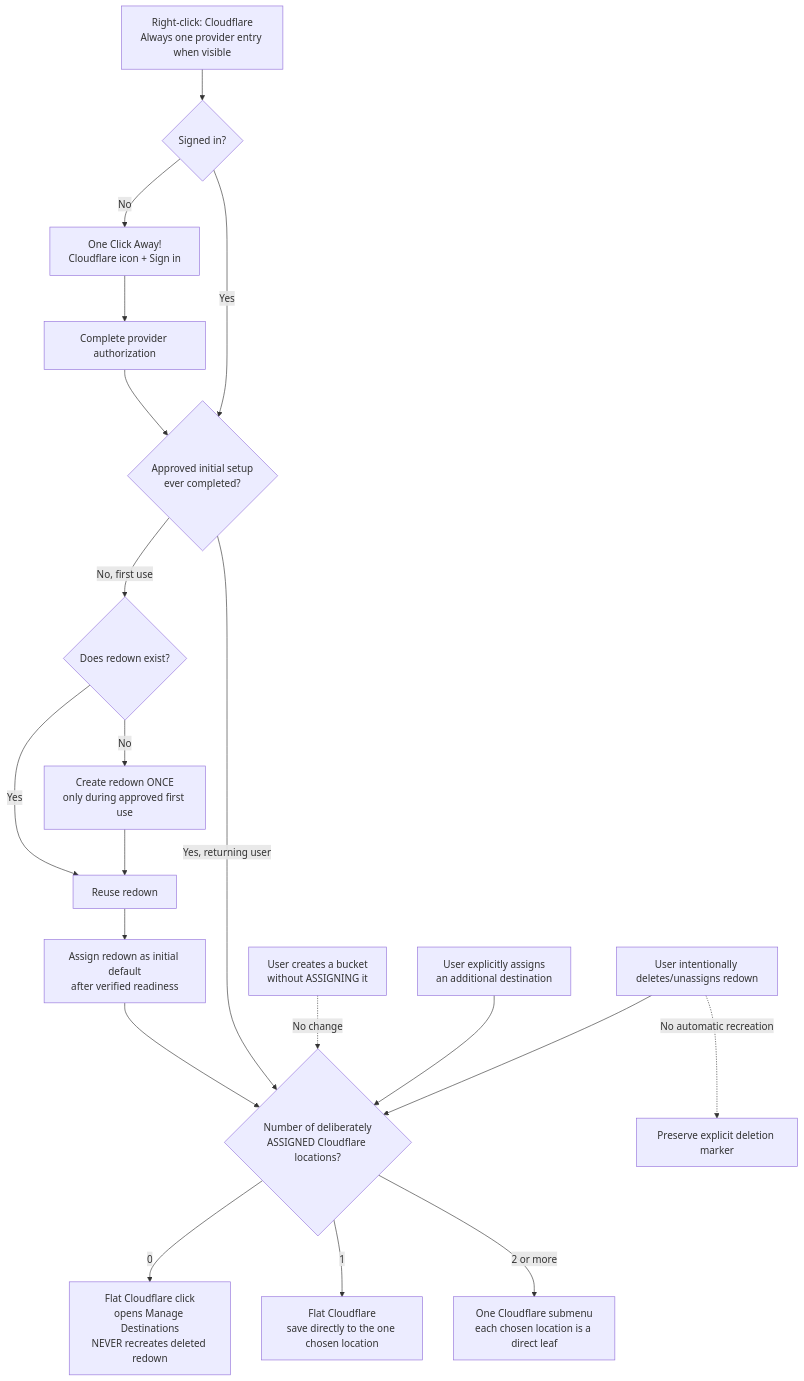
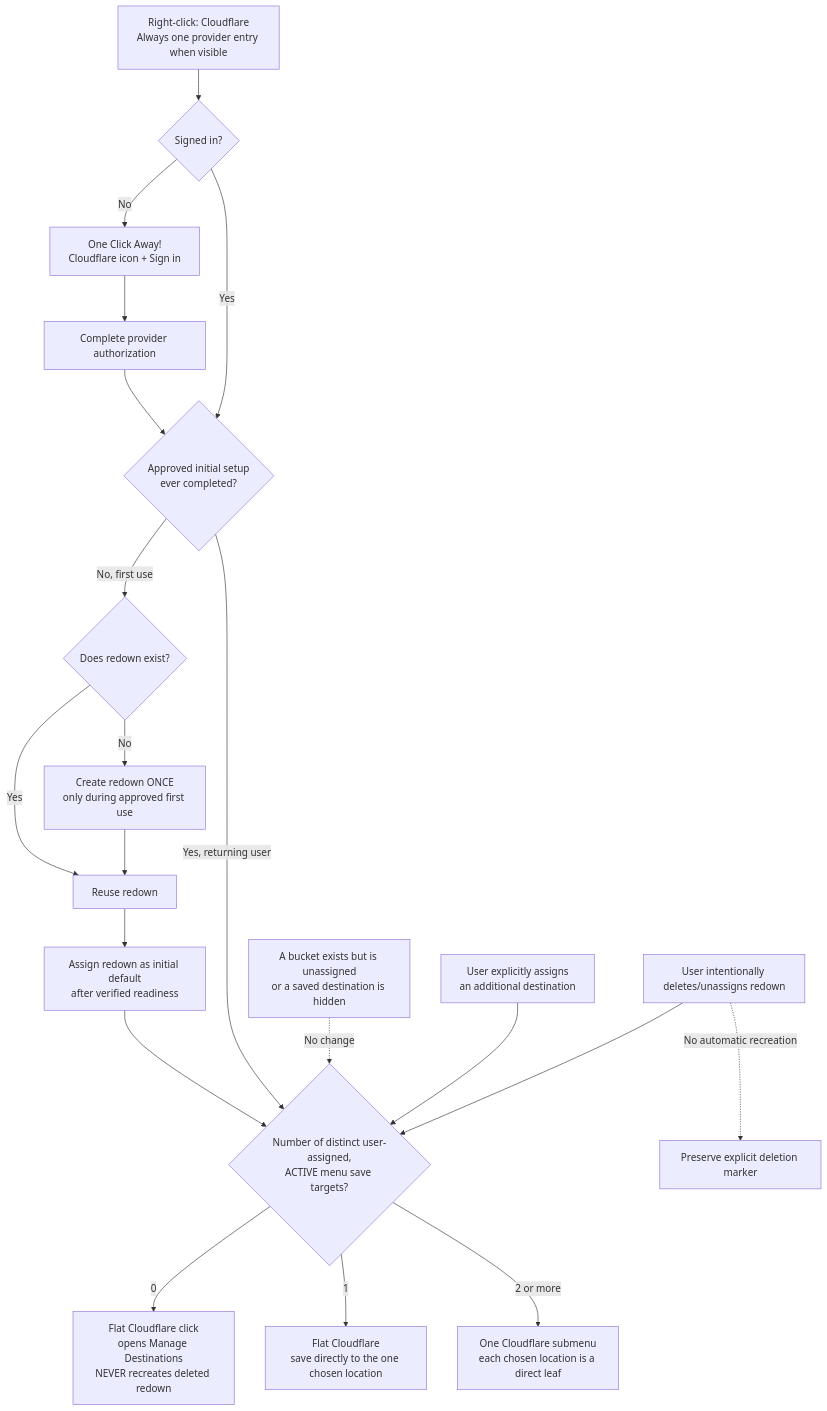
The fourth of 5 diagrams in foundations/cloudflare/README.md (thanks-cohn/Click2Cloud), drawn with Mermaid before and after one commit. The commit also changed other lines of this file, not shown here.

Commit message:
docs: align Cloudflare diagrams, zero-target routing and visibility precedence

````diff
--- a/foundations/cloudflare/README.md
+++ b/foundations/cloudflare/README.md
@@ -141,22 +143,22 @@
 ```mermaid
 flowchart TD
     A["Right-click: Cloudflare<br/>Always one provider entry when visible"] --> B{"Signed in?"}
     B -- "No" --> LOGIN["One Click Away!<br/>Cloudflare icon + Sign in"]
     LOGIN --> AUTH["Complete provider authorization"]
     AUTH --> INIT{"Approved initial setup<br/>ever completed?"}
     B -- "Yes" --> INIT
     INIT -- "No, first use" --> FIRST{"Does redown exist?"}
     FIRST -- "Yes" --> REUSE["Reuse redown"]
     FIRST -- "No" --> CREATE["Create redown ONCE<br/>only during approved first use"]
     CREATE --> REUSE
     REUSE --> ASSIGN["Assign redown as initial default<br/>after verified readiness"]
-    ASSIGN --> COUNT{"Number of deliberately<br/>ASSIGNED Cloudflare locations?"}
+    ASSIGN --> COUNT{"Number of distinct user-assigned,<br/>ACTIVE menu save targets?"}
     INIT -- "Yes, returning user" --> COUNT
     COUNT -- "0" --> MANAGE["Flat Cloudflare click<br/>opens Manage Destinations<br/>NEVER recreates deleted redown"]
     COUNT -- "1" --> FLAT["Flat Cloudflare<br/>save directly to the one chosen location"]
     COUNT -- "2 or more" --> NEST["One Cloudflare submenu<br/>each chosen location is a direct leaf"]
-    ADD["User creates a bucket<br/>without ASSIGNING it"] -. "No change" .-> COUNT
+    ADD["A bucket exists but is unassigned<br/>or a saved destination is hidden"] -. "No change" .-> COUNT
     CHOOSE["User explicitly assigns<br/>an additional destination"] --> COUNT
     DELETE["User intentionally deletes/unassigns redown"] --> COUNT
     DELETE -. "No automatic recreation" .-> NOREMAKE["Preserve explicit deletion marker"]
 ```
````
